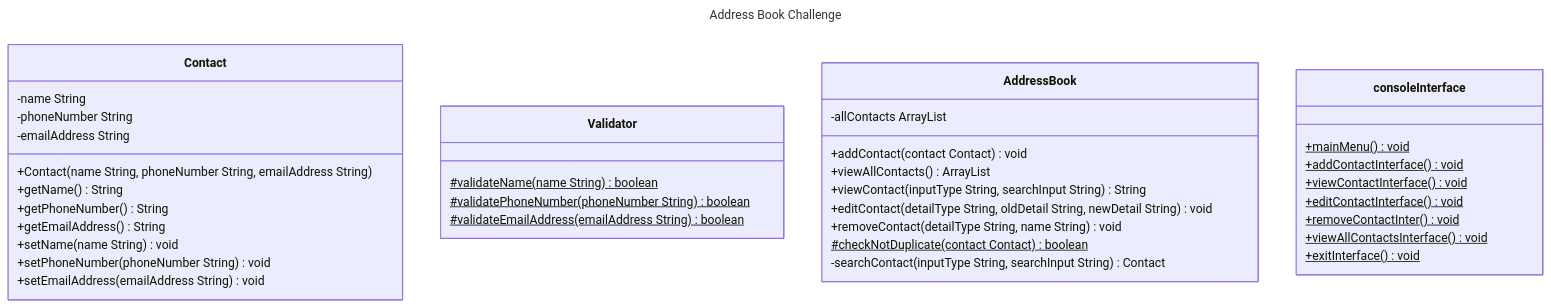
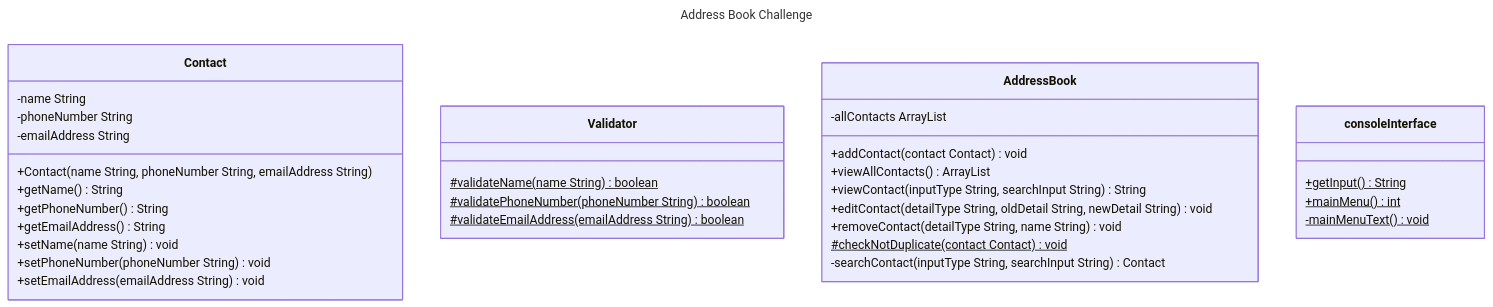
One commit to kristy-lam/df-challenge-3-address-book changed the diagram in docs/class-diagrams-test-plan.md. Above: the diagram before and after it, drawn with Mermaid. The commit also changed other lines of this file and 7 other files, not shown here.

````diff
--- a/docs/class-diagrams-test-plan.md
+++ b/docs/class-diagrams-test-plan.md
@@ -11,47 +11,43 @@
 ```mermaid
 ---
 title: Address Book Challenge
 ---
 classDiagram
         
     class Contact {
         -name String
         -phoneNumber String
         -emailAddress String
         +Contact(name String, phoneNumber String, emailAddress String)
         +getName() String
         +getPhoneNumber() String
         +getEmailAddress() String
         +setName(name String) void
         +setPhoneNumber(phoneNumber String) void
         +setEmailAddress(emailAddress String) void
     }
 
     class Validator {
         #validateName(name String) boolean$
         #validatePhoneNumber(phoneNumber String) boolean$
         #validateEmailAddress(emailAddress String) boolean$
     }
     
     class AddressBook {   
         -allContacts ArrayList
         +addContact(contact Contact) void
         +viewAllContacts() ArrayList
         +viewContact(inputType String, searchInput String) String
         +editContact(detailType String, oldDetail String, newDetail String) void
         +removeContact(detailType String, name String) void
-        #checkNotDuplicate(contact Contact) boolean$
+        #checkNotDuplicate(contact Contact) void$
         -searchContact(inputType String, searchInput String) Contact
     }
     
     class consoleInterface {
-        +mainMenu() void$
-        +addContactInterface() void$
-        +viewContactInterface() void$
-        +editContactInterface() void$
-        +removeContactInter() void$
-        +viewAllContactsInterface() void$
-        +exitInterface() void$
+        +getInput() String$
+        +mainMenu() int$        
+        -mainMenuText() void$
     }
 
 ```
````
